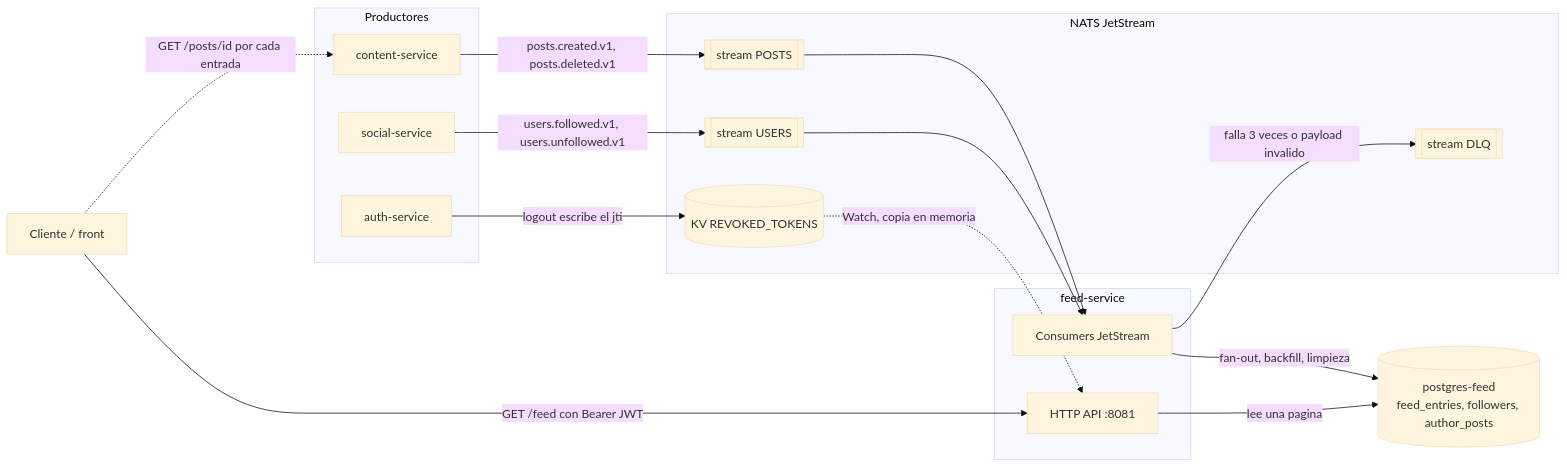
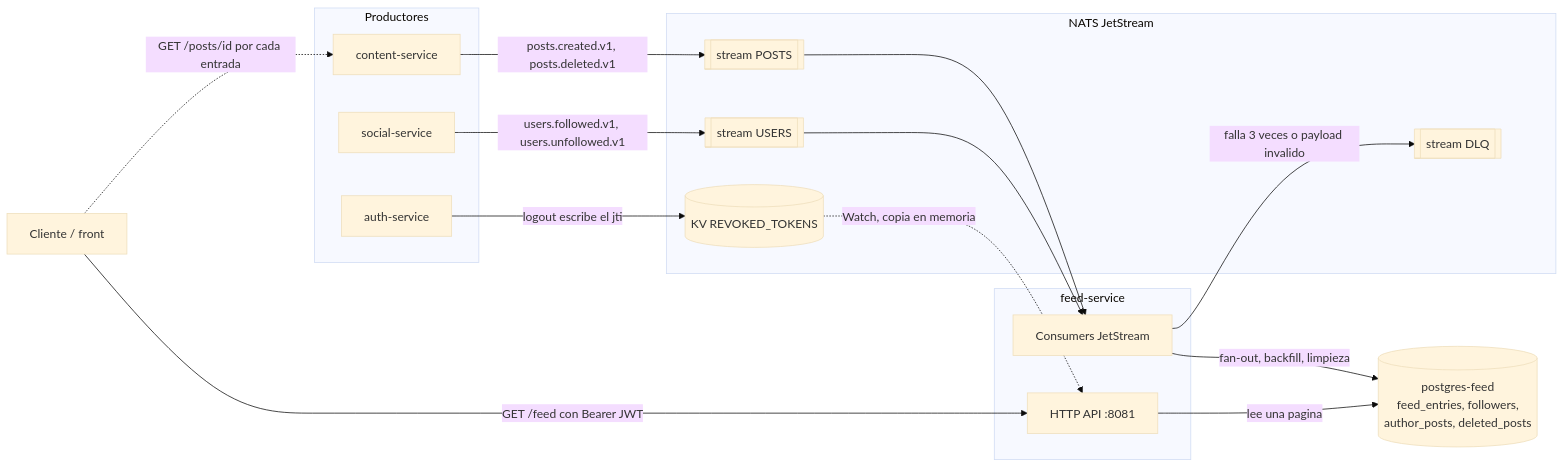
One commit to juantevez/go-feed changed the first of 4 diagrams in docs/technical/FEED.md. Above: the diagram before and after it, drawn with Mermaid (base theme). The commit also changed other lines of this file and 9 other files, not shown here.

First line of the commit message:
feed: stop deleted posts from coming back as ghosts

````diff
--- a/docs/technical/FEED.md
+++ b/docs/technical/FEED.md
@@ -21,36 +21,36 @@
 ```mermaid
 flowchart LR
     C["Cliente / front"]
 
     subgraph PRODUCERS [Productores]
         CS["content-service"]
         SS["social-service"]
         A["auth-service"]
     end
 
     subgraph NATS [NATS JetStream]
         POSTS[["stream POSTS"]]
         USERS[["stream USERS"]]
         DLQ[["stream DLQ"]]
         KV[("KV REVOKED_TOKENS")]
     end
 
     subgraph FS [feed-service]
         H["HTTP API :8081"]
         K["Consumers JetStream"]
     end
 
-    PG[("postgres-feed<br/>feed_entries, followers, author_posts")]
+    PG[("postgres-feed<br/>feed_entries, followers,<br/>author_posts, deleted_posts")]
 
     CS -->|posts.created.v1, posts.deleted.v1| POSTS
     SS -->|users.followed.v1, users.unfollowed.v1| USERS
     A -->|logout escribe el jti| KV
     POSTS --> K
     USERS --> K
     K -->|falla 3 veces o payload invalido| DLQ
     K -->|fan-out, backfill, limpieza| PG
     KV -.->|Watch, copia en memoria| H
     C -->|GET /feed con Bearer JWT| H
     H -->|lee una pagina| PG
     C -.->|GET /posts/id por cada entrada| CS
 ```
````
